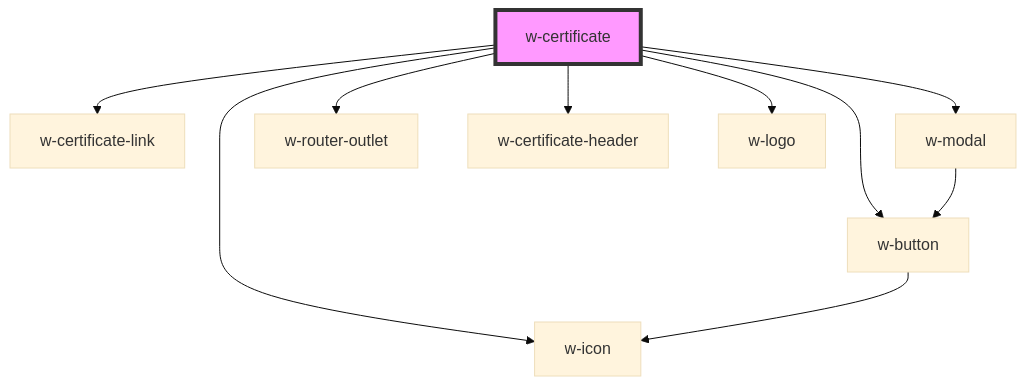
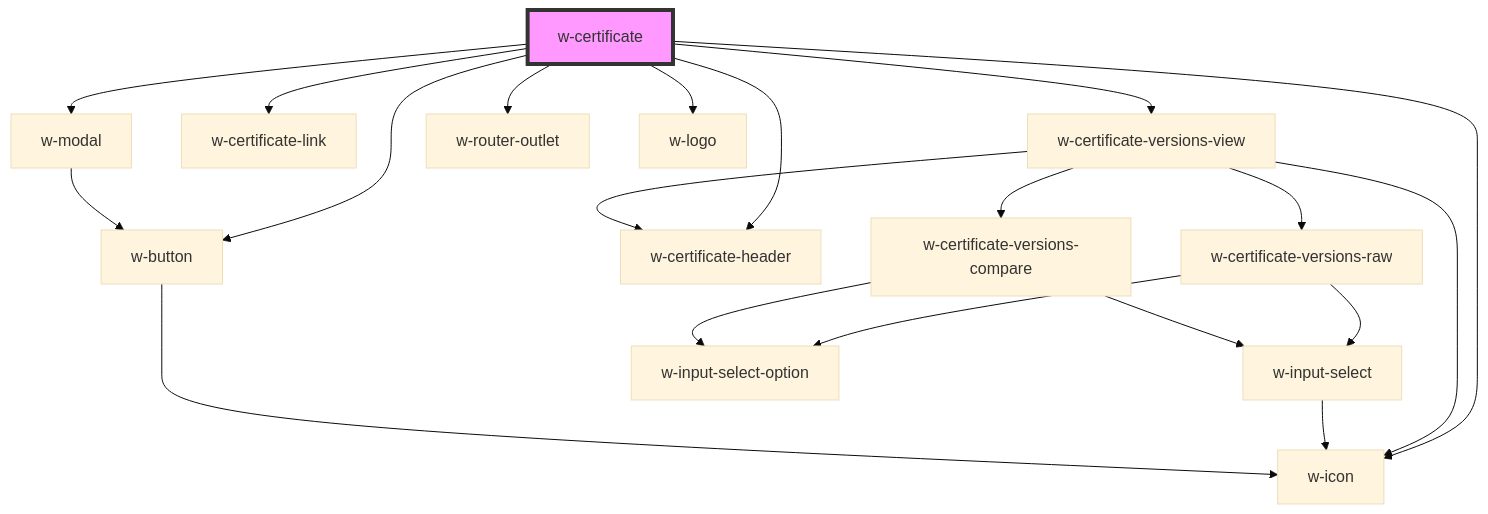
Before and after one commit to wordproof/ui: the diagram in src/components/w-certificate/readme.md, drawn with Mermaid (base theme). The commit also changed other lines of this file and 7 other files, not shown here.

````diff
--- a/src/components/w-certificate/readme.md
+++ b/src/components/w-certificate/readme.md
@@ -29,13 +30,23 @@
 ```mermaid
 graph TD;
+  w-certificate --> w-certificate-versions-view
   w-certificate --> w-certificate-link
   w-certificate --> w-modal
   w-certificate --> w-button
   w-certificate --> w-router-outlet
   w-certificate --> w-certificate-header
   w-certificate --> w-logo
   w-certificate --> w-icon
+  w-certificate-versions-view --> w-certificate-header
+  w-certificate-versions-view --> w-certificate-versions-raw
+  w-certificate-versions-view --> w-certificate-versions-compare
+  w-certificate-versions-view --> w-icon
+  w-certificate-versions-raw --> w-input-select
+  w-certificate-versions-raw --> w-input-select-option
+  w-input-select --> w-icon
+  w-certificate-versions-compare --> w-input-select
+  w-certificate-versions-compare --> w-input-select-option
   w-modal --> w-button
   w-button --> w-icon
   style w-certificate fill:#f9f,stroke:#333,stroke-width:4px
 ```
````
